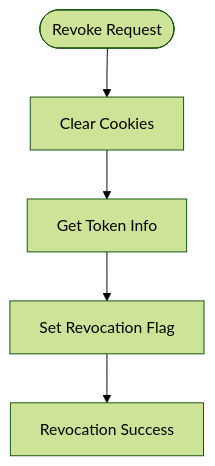
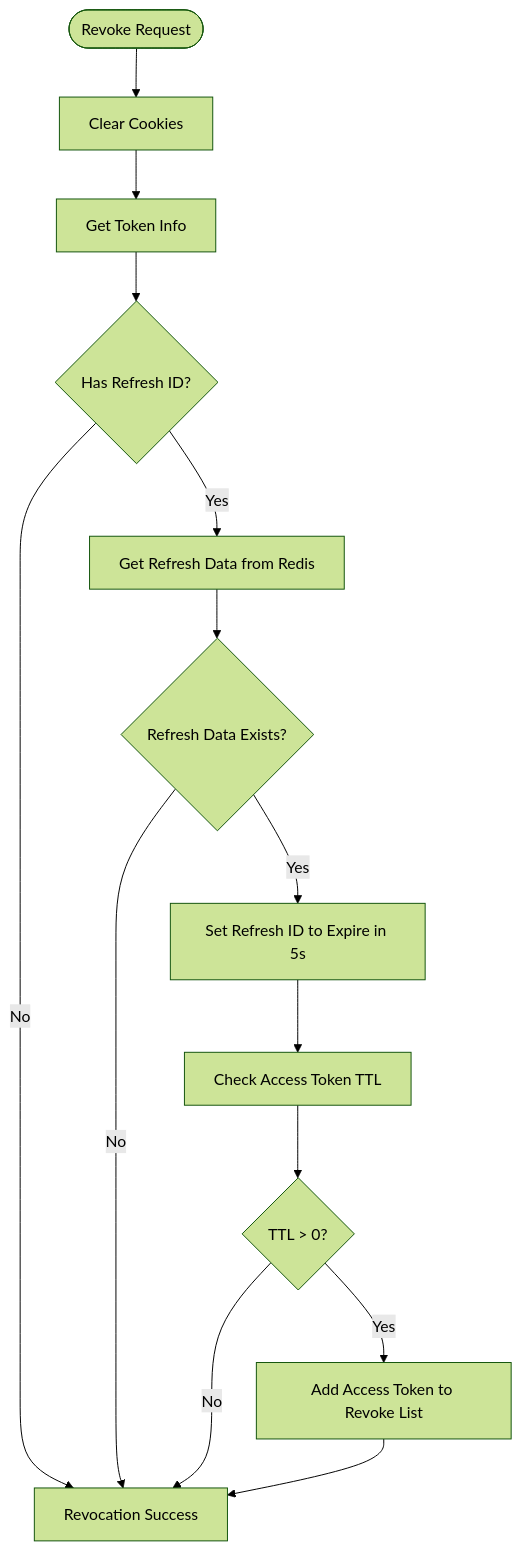
One commit to pardnchiu/go-jwt-auth changed the third of 3 diagrams in README.md. Above: the diagram before and after it, drawn with Mermaid (forest theme). The commit also changed other lines of this file, not shown here.

````diff
--- a/README.md
+++ b/README.md
@@ -395,7 +398,16 @@
 ```mermaid
 flowchart TD
   RevokeStart([Revoke Request]) --> ClearCookies[Clear Cookies]
   ClearCookies --> GetTokens[Get Token Info]
-  GetTokens --> SetRevokeFlag[Set Revocation Flag]
-  SetRevokeFlag --> RevokeSuccess[Revocation Success]
+  GetTokens --> HasRefreshId{Has Refresh ID?}
+  HasRefreshId -->|No| RevokeSuccess[Revocation Success]
+  HasRefreshId -->|Yes| GetRefreshData2[Get Refresh Data from Redis]
+  GetRefreshData2 --> RefreshExists{Refresh Data Exists?}
+  RefreshExists -->|No| RevokeSuccess
+  RefreshExists -->|Yes| SetOldRefreshExpire2[Set Refresh ID to Expire in 5s]
+  SetOldRefreshExpire2 --> CheckAccessTTL[Check Access Token TTL]
+  CheckAccessTTL --> TTLValid{TTL > 0?}
+  TTLValid -->|No| RevokeSuccess
+  TTLValid -->|Yes| AddToRevokeList[Add Access Token to Revoke List]
+  AddToRevokeList --> RevokeSuccess
 ```
````
